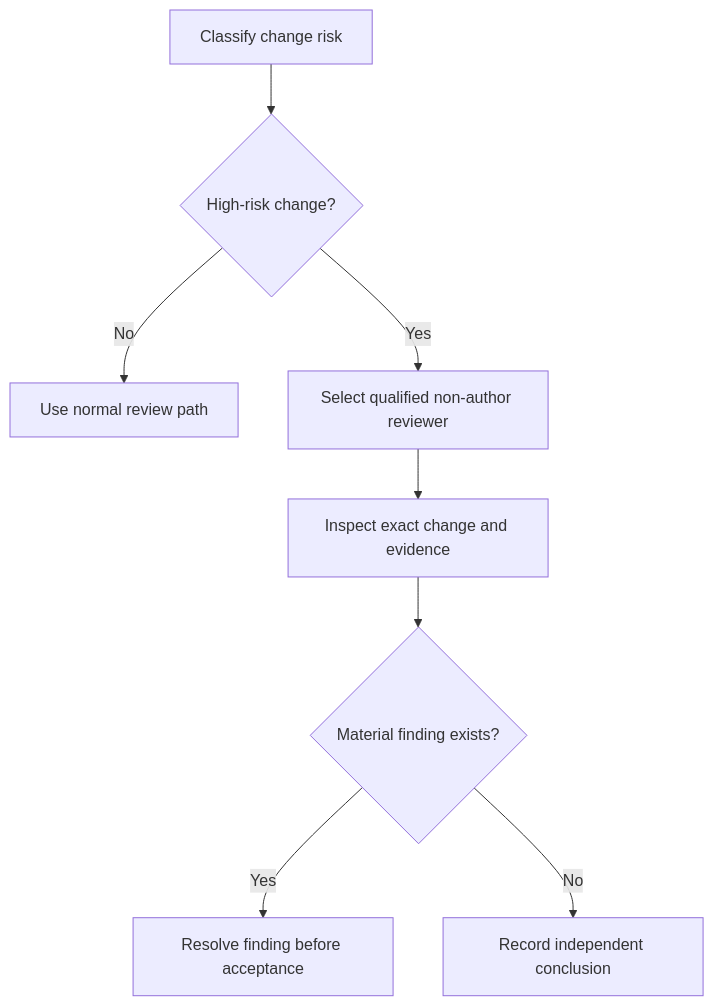
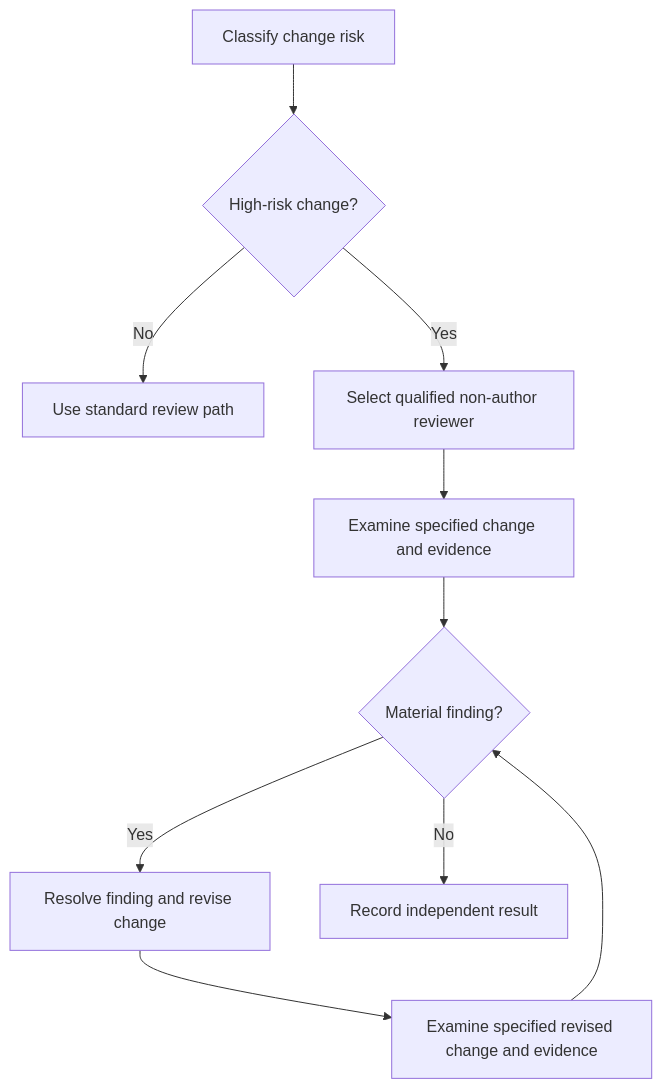
The diagram in docs/principles/details/p069-independent-review-for-high-risk-changes.md (HomericIntelligence/Athena), drawn with Mermaid before and after one commit. The commit also changed other lines of this file and 91 other files, not shown here.

````diff
--- a/docs/principles/details/p069-independent-review-for-high-risk-changes.md
+++ b/docs/principles/details/p069-independent-review-for-high-risk-changes.md
@@ -36,10 +36,12 @@
 ```mermaid
 flowchart TD
     A["Classify change risk"] --> B{"High-risk change?"}
-    B -- "No" --> C["Use normal review path"]
+    B -- "No" --> C["Use standard review path"]
     B -- "Yes" --> D["Select qualified non-author reviewer"]
-    D --> E["Inspect exact change and evidence"]
-    E --> F{"Material finding exists?"}
-    F -- "Yes" --> G["Resolve finding before acceptance"]
-    F -- "No" --> H["Record independent conclusion"]
+    D --> E["Examine specified change and evidence"]
+    E --> F{"Material finding?"}
+    F -- "Yes" --> G["Resolve finding and revise change"]
+    G --> I["Examine specified revised change and evidence"]
+    I --> F
+    F -- "No" --> H["Record independent result"]
 ```
````
